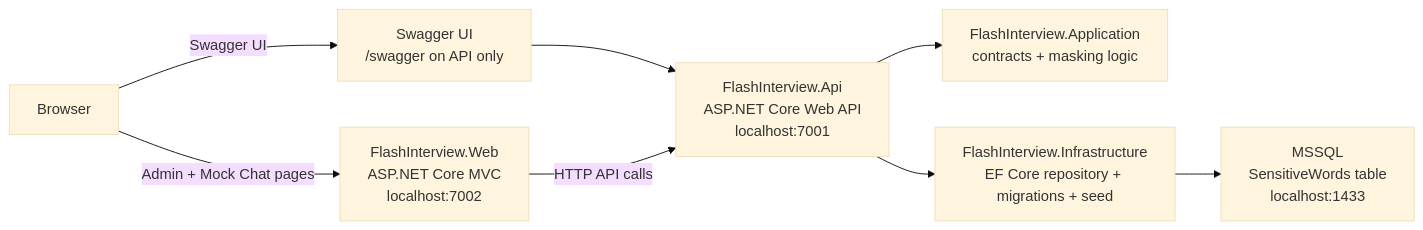
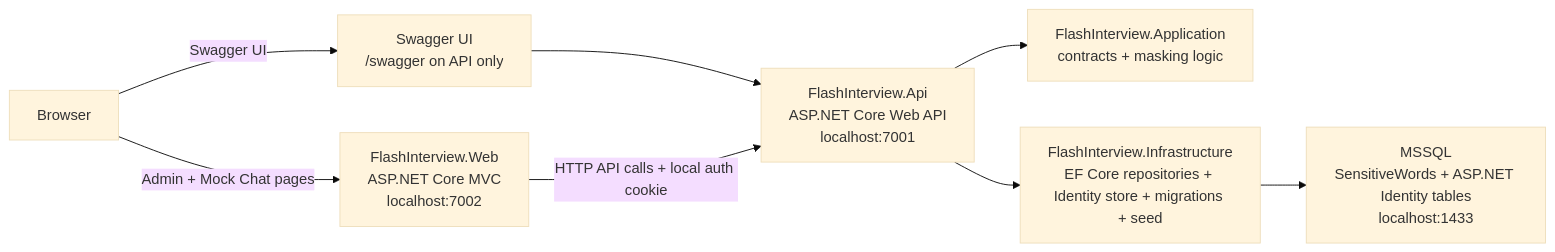
Before and after one commit to Jc-Cloete/flash-interview: the first of 7 diagrams in README.md, drawn with Mermaid (base theme). The commit also changed other lines of this file and 6 other files, not shown here.

````diff
--- a/README.md
+++ b/README.md
@@ -18,18 +19,18 @@
 ```mermaid
 flowchart LR
     Browser["Browser"]
     Web["FlashInterview.Web<br/>ASP.NET Core MVC<br/>localhost:7002"]
     Api["FlashInterview.Api<br/>ASP.NET Core Web API<br/>localhost:7001"]
     App["FlashInterview.Application<br/>contracts + masking logic"]
-    Infra["FlashInterview.Infrastructure<br/>EF Core repository + migrations + seed"]
-    Sql["MSSQL<br/>SensitiveWords table<br/>localhost:1433"]
+    Infra["FlashInterview.Infrastructure<br/>EF Core repositories + Identity store + migrations + seed"]
+    Sql["MSSQL<br/>SensitiveWords + ASP.NET Identity tables<br/>localhost:1433"]
     Swagger["Swagger UI<br/>/swagger on API only"]
 
     Browser -->|"Admin + Mock Chat pages"| Web
     Browser -->|"Swagger UI"| Swagger
     Swagger --> Api
-    Web -->|"HTTP API calls"| Api
+    Web -->|"HTTP API calls + local auth cookie"| Api
     Api --> App
     Api --> Infra
     Infra --> Sql
 ```
````
